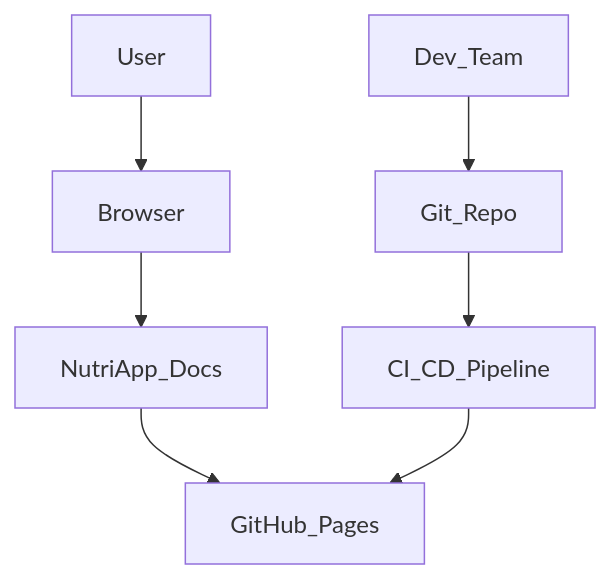
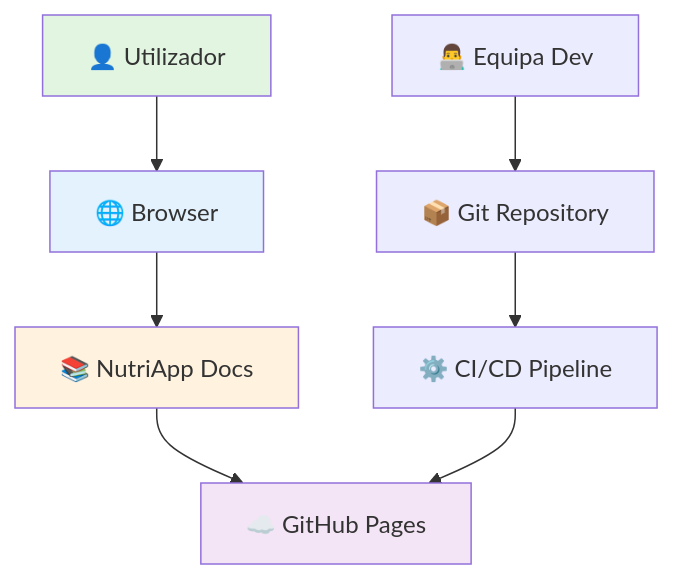
Before and after one commit to DevPool1/TP-ADC-SITE: the first of 3 diagrams in docs/03-technical-wiki/02-architecture.md, drawn with Mermaid. The commit also changed other lines of this file, not shown here.

Commit message:
docs(architecture): adiciona diagramas Mermaid avançados (gitGraph, sequence). Refs #46

````diff
--- a/docs/03-technical-wiki/02-architecture.md
+++ b/docs/03-technical-wiki/02-architecture.md
@@ -28,9 +28,14 @@
 ```mermaid
 graph TD;
-    User-->Browser;
-    Browser-->NutriApp_Docs;
-    NutriApp_Docs-->GitHub_Pages;
-    Dev_Team-->Git_Repo;
-    Git_Repo-->CI_CD_Pipeline;
+    User[👤 Utilizador]-->Browser[🌐 Browser];
+    Browser-->NutriApp_Docs[📚 NutriApp Docs];
+    NutriApp_Docs-->GitHub_Pages[☁️ GitHub Pages];
+    Dev_Team[👨‍💻 Equipa Dev]-->Git_Repo[📦 Git Repository];
+    Git_Repo-->CI_CD_Pipeline[⚙️ CI/CD Pipeline];
     CI_CD_Pipeline-->GitHub_Pages;
+    
+    style User fill:#e1f5e1
+    style Browser fill:#e3f2fd
+    style NutriApp_Docs fill:#fff3e0
+    style GitHub_Pages fill:#f3e5f5
 ```
````
